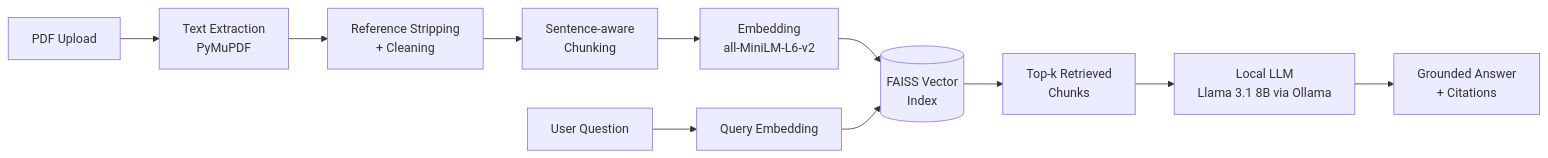
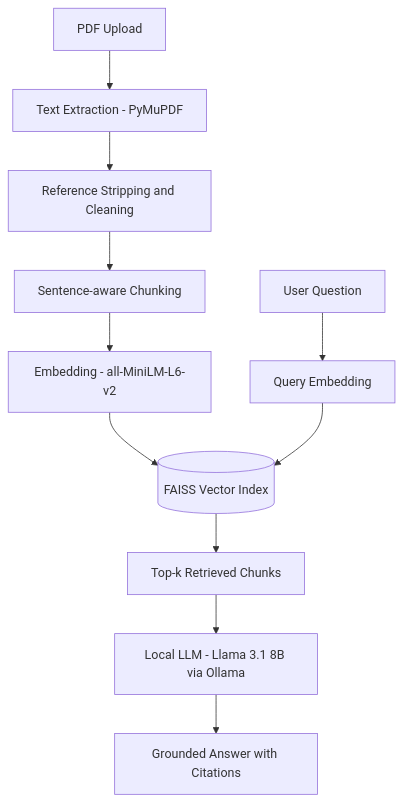
Before and after one commit to hsuhas154/research-paper-rag: the diagram in README.md, drawn with Mermaid. The commit also changed other lines of this file, not shown here.

````diff
--- a/README.md
+++ b/README.md
@@ -13,13 +13,13 @@
 ```mermaid
-flowchart LR
-    A[PDF Upload] --> B[Text Extraction<br/>PyMuPDF]
-    B --> C[Reference Stripping<br/>+ Cleaning]
-    C --> D[Sentence-aware<br/>Chunking]
-    D --> E[Embedding<br/>all-MiniLM-L6-v2]
-    E --> F[(FAISS Vector<br/>Index)]
+flowchart TD
+    A[PDF Upload] --> B[Text Extraction - PyMuPDF]
+    B --> C[Reference Stripping and Cleaning]
+    C --> D[Sentence-aware Chunking]
+    D --> E[Embedding - all-MiniLM-L6-v2]
+    E --> F[(FAISS Vector Index)]
     G[User Question] --> H[Query Embedding]
     H --> F
-    F --> I[Top-k Retrieved<br/>Chunks]
-    I --> J[Local LLM<br/>Llama 3.1 8B via Ollama]
-    J --> K[Grounded Answer<br/>+ Citations]
+    F --> I[Top-k Retrieved Chunks]
+    I --> J[Local LLM - Llama 3.1 8B via Ollama]
+    J --> K[Grounded Answer with Citations]
 ```
````
